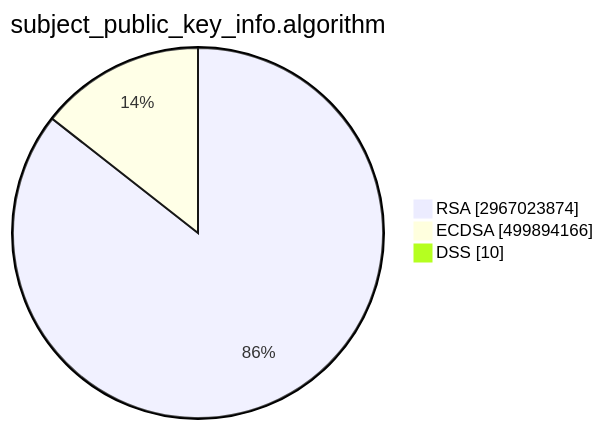
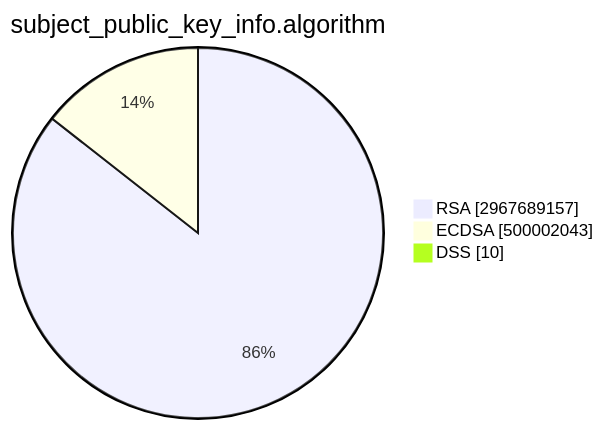
The second of 15 diagrams in TOTAL/README.md (christiankrug/ctmonitor_visualization), drawn with Mermaid before and after one commit. The commit also changed other lines of this file, not shown here.

````diff
--- a/TOTAL/README.md
+++ b/TOTAL/README.md
@@ -6,7 +6,7 @@
 ```mermaid
 pie showData
 title subject_public_key_info.algorithm
-"RSA" :2967023874
-"ECDSA" :499894166
+"RSA" :2967689157
+"ECDSA" :500002043
 "DSS" :10
 ```
````
